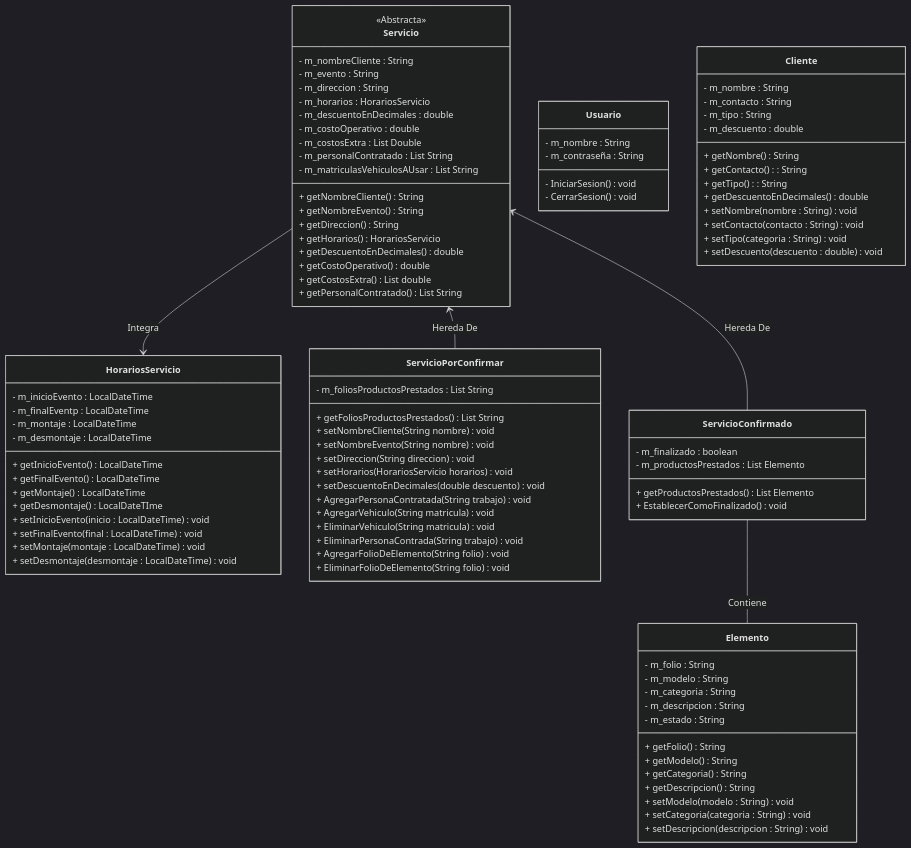
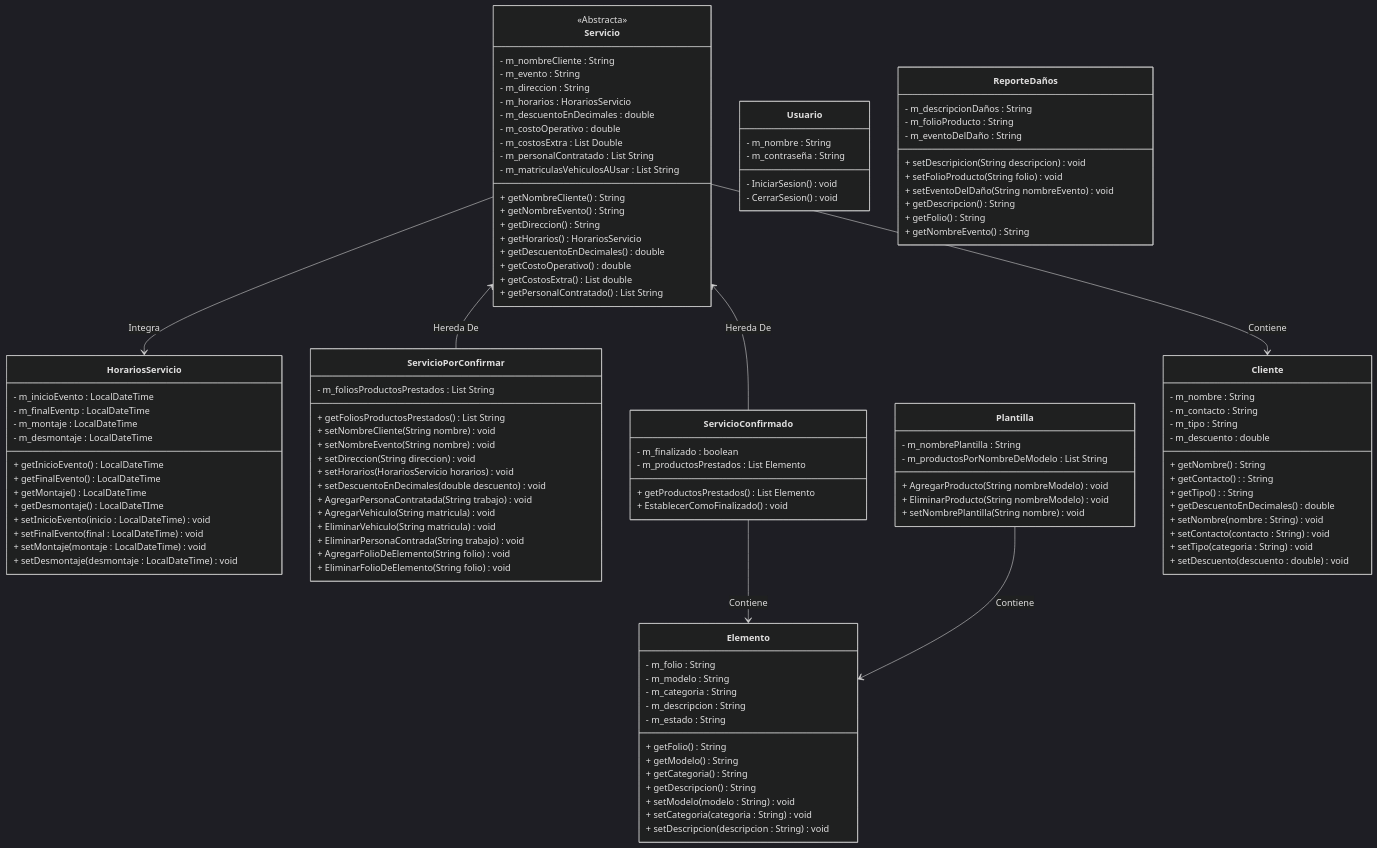
One commit to JuanJoseVargasArvizu/ProyectoPromotoraEventos changed the diagram in Documentacion/Diagramas/DiagramaDeClases.mmd. Above: the diagram before and after it, drawn with Mermaid (dark theme).

Commit message:
Actualizacion diagrama de clases

```diff
--- a/Documentacion/Diagramas/DiagramaDeClases.mmd
+++ b/Documentacion/Diagramas/DiagramaDeClases.mmd
@@ -1,103 +1,125 @@
 classDiagram
 
 Servicio --> HorariosServicio : Integra
 Servicio <-- ServicioPorConfirmar : Hereda De
 Servicio <-- ServicioConfirmado : Hereda De
-ServicioConfirmado -- Elemento : Contiene
+ServicioConfirmado --> Elemento : Contiene
+Plantilla --> Elemento : Contiene
+Servicio --> Cliente : Contiene
 
 class Usuario{
     - m_nombre : String
     - m_contraseña : String
     - IniciarSesion() void
     - CerrarSesion() void
+}
+
+class Plantilla{
+    - m_nombrePlantilla : String
+    - m_productosPorNombreDeModelo : List String
+    + AgregarProducto(String nombreModelo) void
+    + EliminarProducto(String nombreModelo) void
+    + setNombrePlantilla(String nombre) void
 }
 
 class Elemento{
     - m_folio : String
     - m_modelo : String
     - m_categoria : String
     - m_descripcion : String
     - m_estado : String
     + getFolio() String
     + getModelo() String
     + getCategoria() String
     + getDescripcion() String
     + setModelo(modelo : String) void
     + setCategoria(categoria : String) void
     + setDescripcion(descripcion : String) void
 }
 
 class Cliente{
     - m_nombre : String
     - m_contacto : String
     - m_tipo : String
     - m_descuento : double
     + getNombre() String
     + getContacto() : String
     + getTipo() : String
     + getDescuentoEnDecimales() double
     + setNombre(nombre : String) void
     + setContacto(contacto : String) void
     + setTipo(categoria : String) void
     + setDescuento(descuento :  double) void
+}
+
+class ReporteDaños{
+    - m_descripcionDaños : String
+    - m_folioProducto : String
+    - m_eventoDelDaño : String
+    + setDescripicion(String descripcion) void
+    + setFolioProducto(String folio) void
+    + setEventoDelDaño(String nombreEvento) void
+    + getDescripcion() String
+    + getFolio() String
+    + getNombreEvento() String
 }
 
 class Servicio{
     <<Abstracta>>
     - m_nombreCliente : String 
     - m_evento : String
     - m_direccion : String
     - m_horarios : HorariosServicio
     - m_descuentoEnDecimales : double
     - m_costoOperativo : double
     - m_costosExtra : List Double
     - m_personalContratado : List String
     - m_matriculasVehiculosAUsar : List String
     + getNombreCliente() String
     + getNombreEvento() String
     + getDireccion() String
     + getHorarios() HorariosServicio
     + getDescuentoEnDecimales() double
     + getCostoOperativo() double
     + getCostosExtra() List double
     + getPersonalContratado() List String 
 }
 
 
 class ServicioPorConfirmar{
     - m_foliosProductosPrestados : List String
     + getFoliosProductosPrestados() List String
     + setNombreCliente(String nombre) void
     + setNombreEvento(String nombre) void
     + setDireccion(String direccion) void
     + setHorarios(HorariosServicio horarios) void
     + setDescuentoEnDecimales(double descuento) void
     + AgregarPersonaContratada(String trabajo) void
     + AgregarVehiculo(String matricula) void
     + EliminarVehiculo(String matricula) void
     + EliminarPersonaContrada(String trabajo) void
     + AgregarFolioDeElemento(String folio) void
     + EliminarFolioDeElemento(String folio) void
 }
 
 class ServicioConfirmado{
     - m_finalizado : boolean
     - m_productosPrestados : List Elemento
     + getProductosPrestados() List Elemento
     + EstablecerComoFinalizado() void
 }
 
 class HorariosServicio{
     - m_inicioEvento : LocalDateTime
     - m_finalEventp : LocalDateTime
     - m_montaje : LocalDateTime
     - m_desmontaje : LocalDateTime
     + getInicioEvento() LocalDateTime
     + getFinalEvento() LocalDateTime
     + getMontaje() LocalDateTime
     + getDesmontaje() LocalDateTIme
     + setInicioEvento(inicio : LocalDateTime) void
     + setFinalEvento(final : LocalDateTime) void
     + setMontaje(montaje : LocalDateTime) void
     + setDesmontaje(desmontaje : LocalDateTime) void
 }
```
